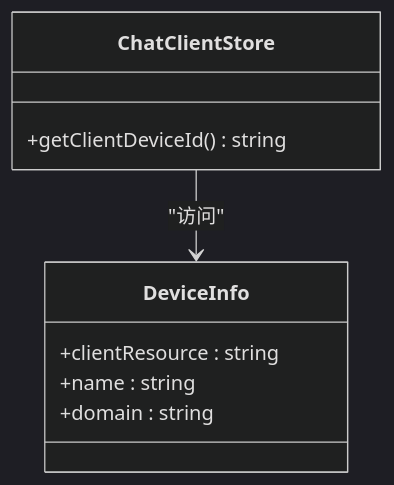
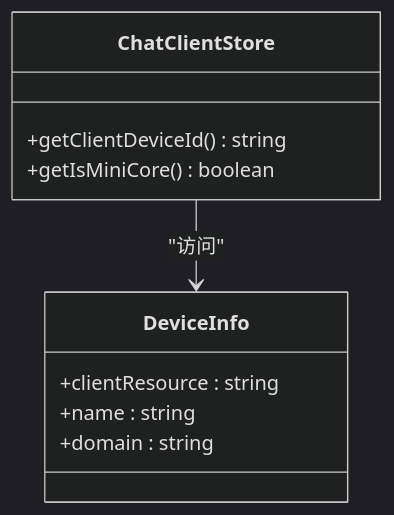
One commit to Easemob-Community/easemob-uikit-callkit-vue3 changed the sixth of 10 diagrams in .qoder/repowiki/zh/content/状态管理/ChatClient Store.md. Above: the diagram before and after it, drawn with Mermaid (dark theme). The commit also changed other lines of this file and 58 other files, not shown here.

````diff
--- a/.qoder/repowiki/zh/content/状态管理/ChatClient Store.md
+++ b/.qoder/repowiki/zh/content/状态管理/ChatClient Store.md
@@ -255,12 +309,13 @@
 ```mermaid
 classDiagram
 class DeviceInfo {
 +clientResource : string
 +name : string
 +domain : string
 }
 class ChatClientStore {
 +getClientDeviceId() string
++getIsMiniCore() boolean
 }
 ChatClientStore --> DeviceInfo : "访问"
 ```
````
